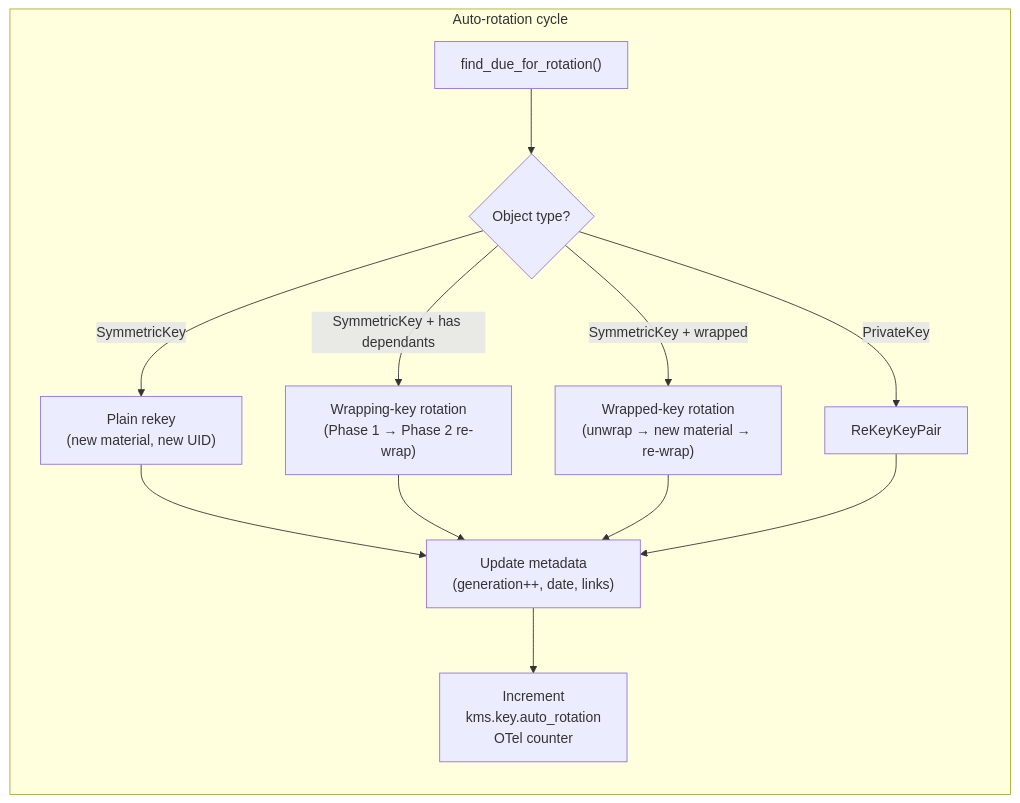
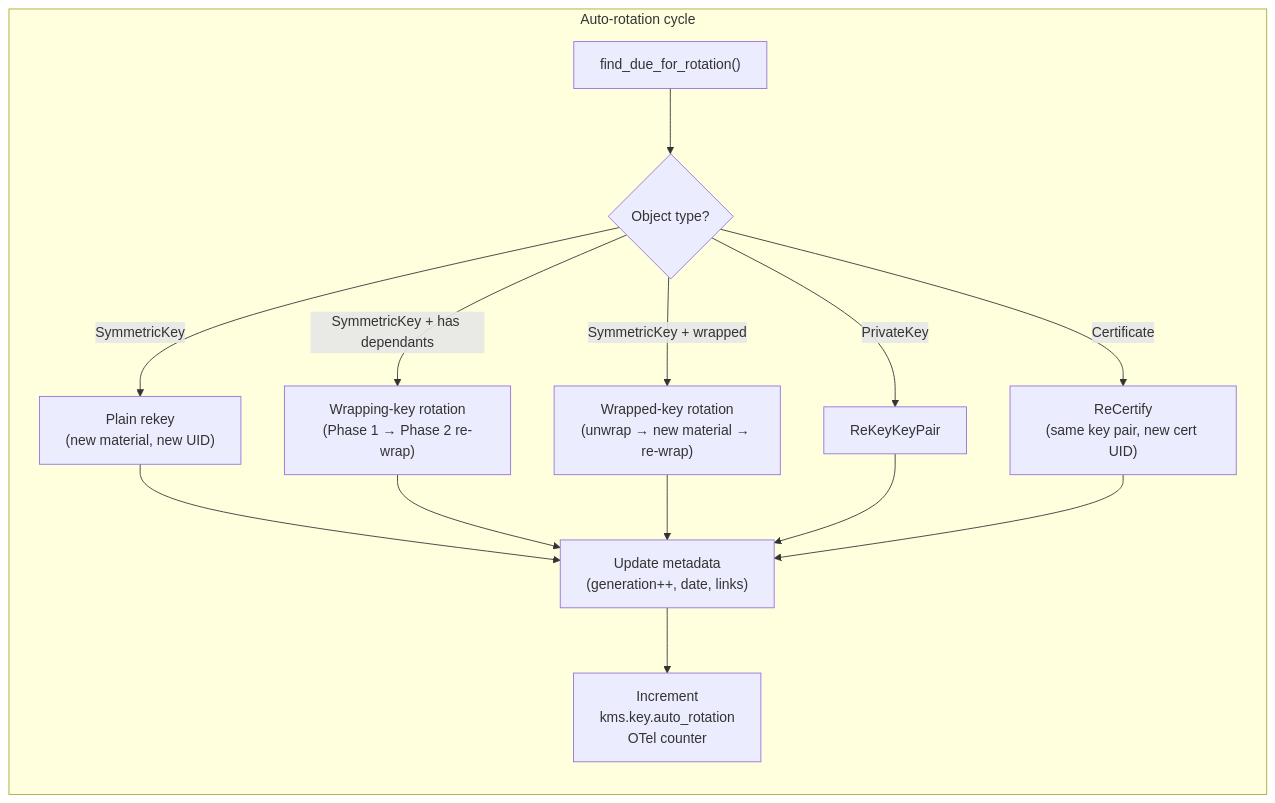
Before and after one commit to Cosmian/kms: the ninth of 9 diagrams in documentation/docs/kmip_support/key_auto_rotation.md, drawn with Mermaid. The commit also changed other lines of this file and 12 other files, not shown here.

````diff
--- a/documentation/docs/kmip_support/key_auto_rotation.md
+++ b/documentation/docs/kmip_support/key_auto_rotation.md
@@ -304,16 +408,18 @@
 ```mermaid
 flowchart TD
     subgraph "Auto-rotation cycle"
         direction TB
         DUE["find_due_for_rotation()"] --> DISPATCH{"Object type?"}
         DISPATCH -->|SymmetricKey| PLAIN["Plain rekey<br/>(new material, new UID)"]
         DISPATCH -->|SymmetricKey + has dependants| WRAP_K["Wrapping-key rotation<br/>(Phase 1 → Phase 2 re-wrap)"]
         DISPATCH -->|SymmetricKey + wrapped| WRAP_D["Wrapped-key rotation<br/>(unwrap → new material → re-wrap)"]
         DISPATCH -->|PrivateKey| ASYM["ReKeyKeyPair"]
+        DISPATCH -->|Certificate| CERT["ReCertify<br/>(same key pair, new cert UID)"]
         PLAIN --> META["Update metadata<br/>(generation++, date, links)"]
         WRAP_K --> META
         WRAP_D --> META
         ASYM --> META
+        CERT --> META
         META --> OTEL["Increment<br/>kms.key.auto_rotation<br/>OTel counter"]
     end
 ```
````
